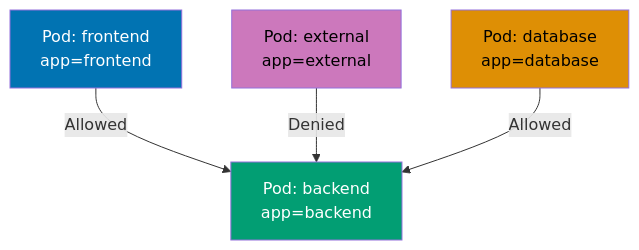
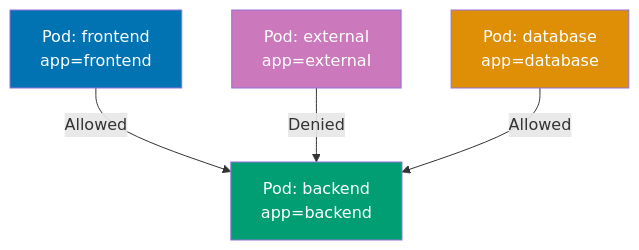
One commit to wahidyankf/open-sharia-enterprise changed the second of 14 diagrams in apps/ayokoding-web/content/en/learn/software-engineering/infrastructure/tools/kubernetes/by-example/advanced.md. Above: the diagram before and after it, drawn with Mermaid. The commit also changed other lines of this file and 61 other files, not shown here.

First line of the commit message:
fix(ayokoding-web): quote Mermaid node labels with special characters in Example 63

````diff
--- a/apps/ayokoding-web/content/en/learn/software-engineering/infrastructure/tools/kubernetes/by-example/advanced.md
+++ b/apps/ayokoding-web/content/en/learn/software-engineering/infrastructure/tools/kubernetes/by-example/advanced.md
@@ -947,12 +947,12 @@
 ```mermaid
 %% NetworkPolicy traffic control
 graph TD
     A[Pod: frontend<br/>app=frontend] -->|Allowed| B[Pod: backend<br/>app=backend]
     C[Pod: external<br/>app=external] -->|Denied| B
     D[Pod: database<br/>app=database] -->|Allowed| B
 
     style A fill:#0173B2,color:#fff
     style B fill:#029E73,color:#fff
-    style C fill:#CC78BC,color:#000
-    style D fill:#DE8F05,color:#000
+    style C fill:#CC78BC,color:#fff
+    style D fill:#DE8F05,color:#fff
 ```
````
